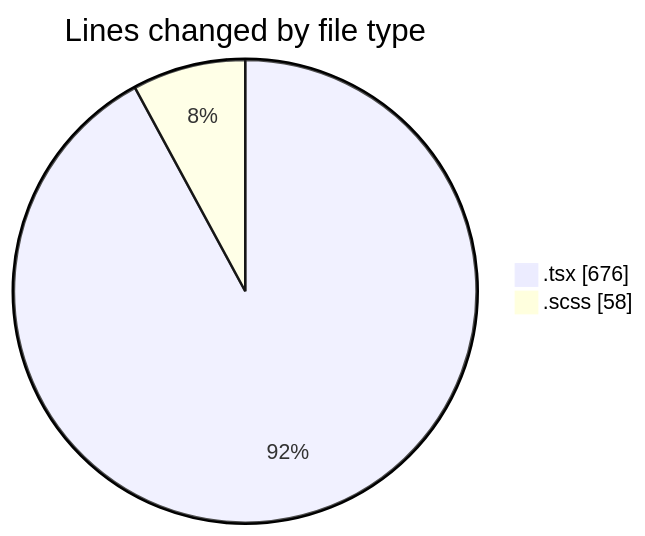
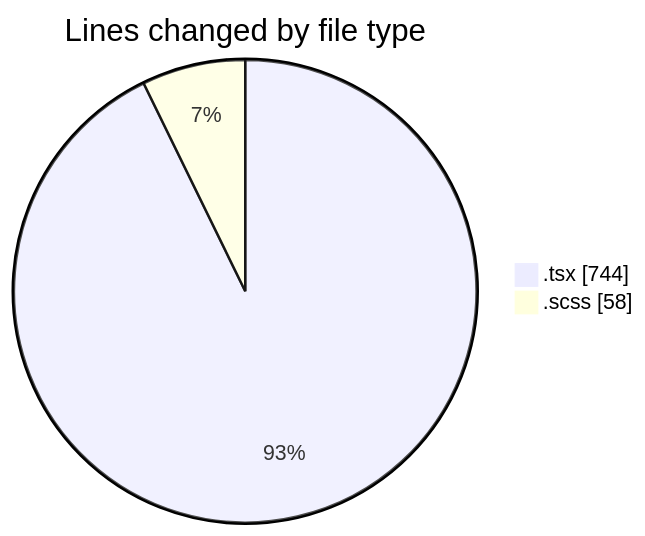
Before and after one commit to momahboobian/code-tracking: the first of 2 diagrams in 2026-10-05/cda/README.md, drawn with Mermaid. The commit also changed other lines of this file and 1 other file, not shown here.

````diff
--- a/2026-10-05/cda/README.md
+++ b/2026-10-05/cda/README.md
@@ -24,6 +25,6 @@
 ```mermaid
 pie showData
 title Lines changed by file type
-".tsx" : 676
+".tsx" : 744
 ".scss" : 58
 ```
````
